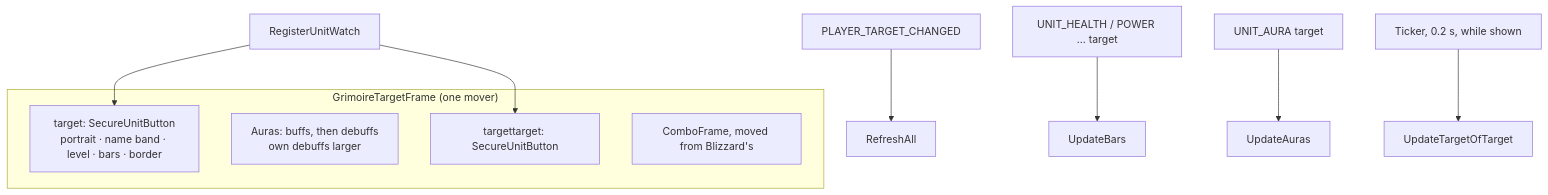
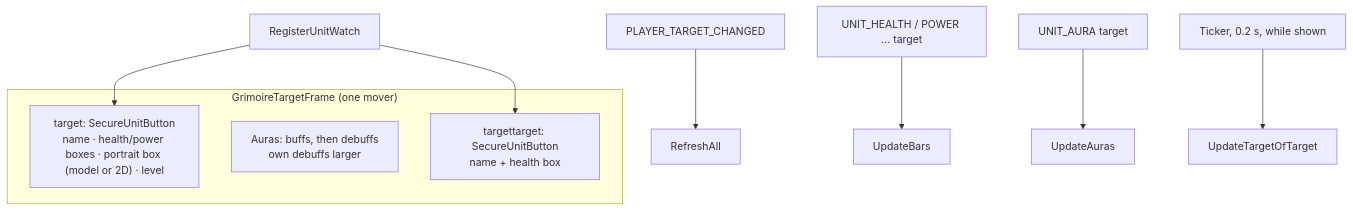
Before and after one commit to PhillypHenning/grimoire: the second of 2 diagrams in docs/features/target/README.md, drawn with Mermaid. The commit also changed other lines of this file and 4 other files, not shown here.

First line of the commit message:
Target frame: match the player frame's style; fix blank target frame

````diff
--- a/docs/features/target/README.md
+++ b/docs/features/target/README.md
@@ -21,14 +26,13 @@
 ```mermaid
 flowchart TD
     subgraph Mover["GrimoireTargetFrame (one mover)"]
-        T[target: SecureUnitButton<br/>portrait · name band · level · bars · border]
+        T["target: SecureUnitButton<br/>name · health/power boxes · portrait box (model or 2D) · level"]
         A[Auras: buffs, then debuffs<br/>own debuffs larger]
-        ToT[targettarget: SecureUnitButton]
-        CP[ComboFrame, moved from Blizzard's]
+        ToT[targettarget: SecureUnitButton<br/>name + health box]
     end
     PTC[PLAYER_TARGET_CHANGED] --> RA[RefreshAll]
     UE[UNIT_HEALTH / POWER … target] --> Bars[UpdateBars]
     UA[UNIT_AURA target] --> Auras[UpdateAuras]
     TK[Ticker, 0.2 s, while shown] --> ToTU[UpdateTargetOfTarget]
     UW[RegisterUnitWatch] --> T & ToT
 ```
````
